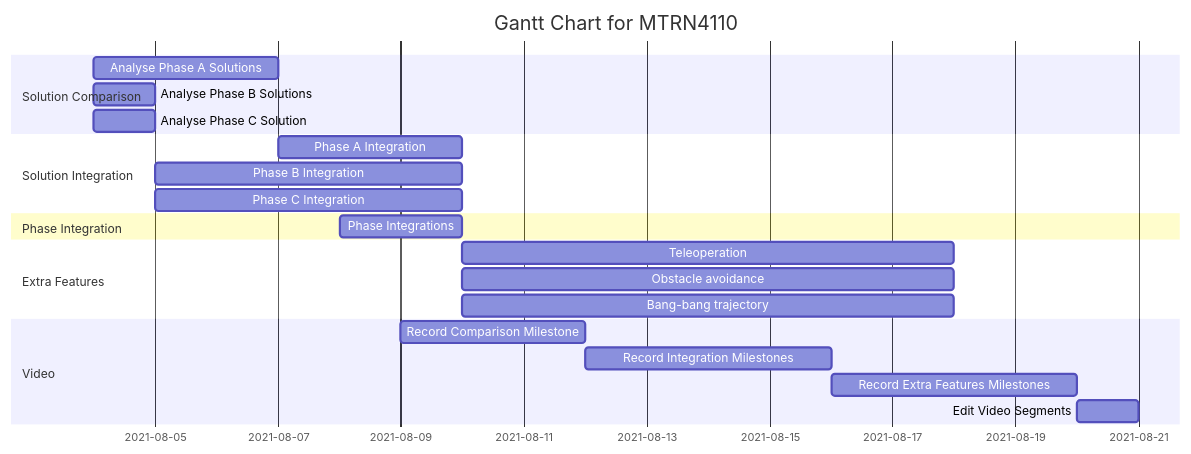
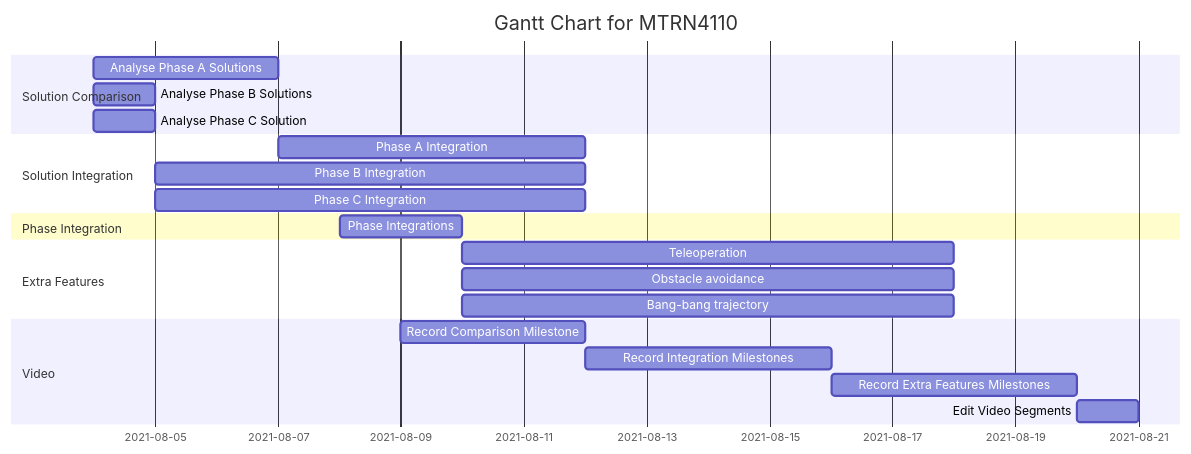
The diagram in README.md (dennuguyen/mtrn4110-proj), drawn with Mermaid before and after one commit.

````diff
--- a/README.md
+++ b/README.md
@@ -5,28 +5,28 @@
 ```mermaid
 gantt
     title Gantt Chart for MTRN4110
     dateFormat  DD-MM-YYYY
     section Solution Comparison
     Analyse Phase A Solutions       :04-08-2021, 07-08-2021
     Analyse Phase B Solutions       :04-08-2021, 05-08-2021
     Analyse Phase C Solution        :04-08-2021, 05-08-2021
 
     section Solution Integration
-    Phase A Integration             :07-08-2021, 3d
-    Phase B Integration             :05-08-2021, 5d
-    Phase C Integration             :05-08-2021, 5d
+    Phase A Integration             :07-08-2021, 5d
+    Phase B Integration             :05-08-2021, 7d
+    Phase C Integration             :05-08-2021, 7d
 
     section Phase Integration
     Phase Integrations              :08-08-2021, 2d
 
     section Extra Features
     Teleoperation              :10-08-2021, 8d
     Obstacle avoidance         :10-08-2021, 8d
     Bang-bang trajectory       :10-08-2021, 8d
 
     section Video
     Record Comparison Milestone           :09-08-2021, 3d
     Record Integration Milestones         :12-08-2021, 4d
     Record Extra Features Milestones      :16-08-2021, 4d
     Edit Video Segments                   :20-08-2021, 1d
 ```
````
